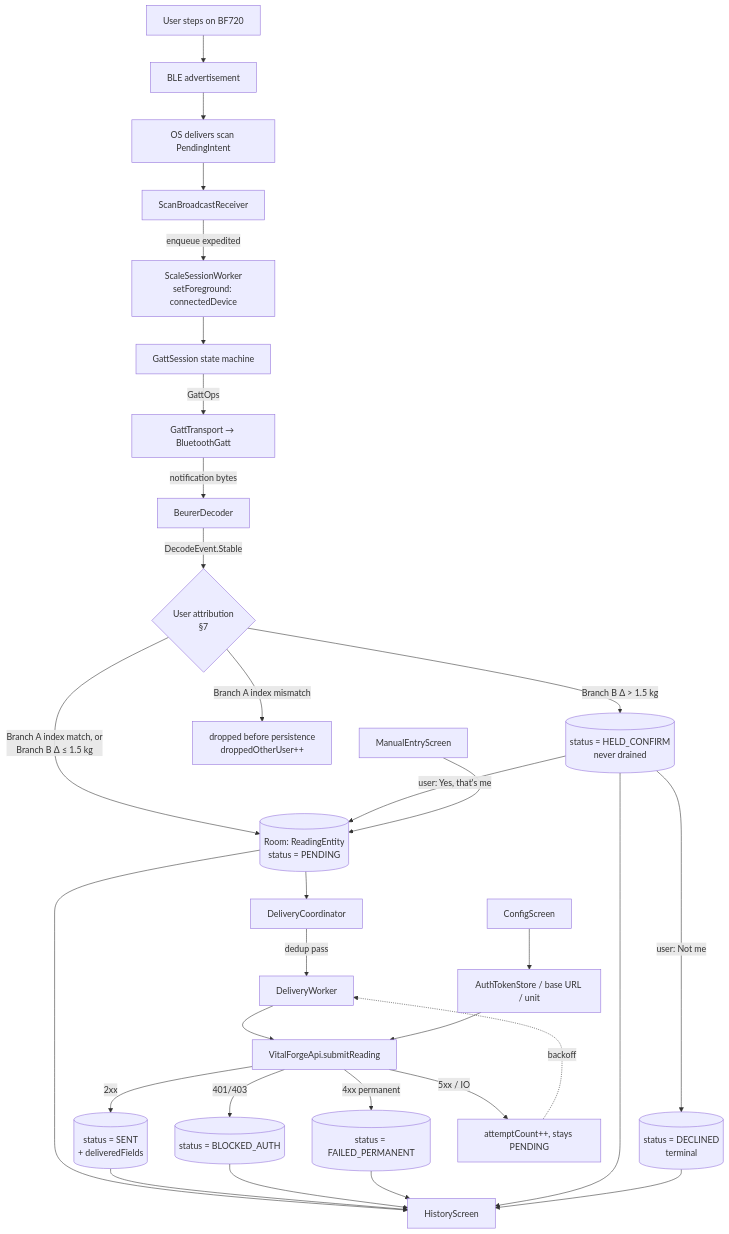
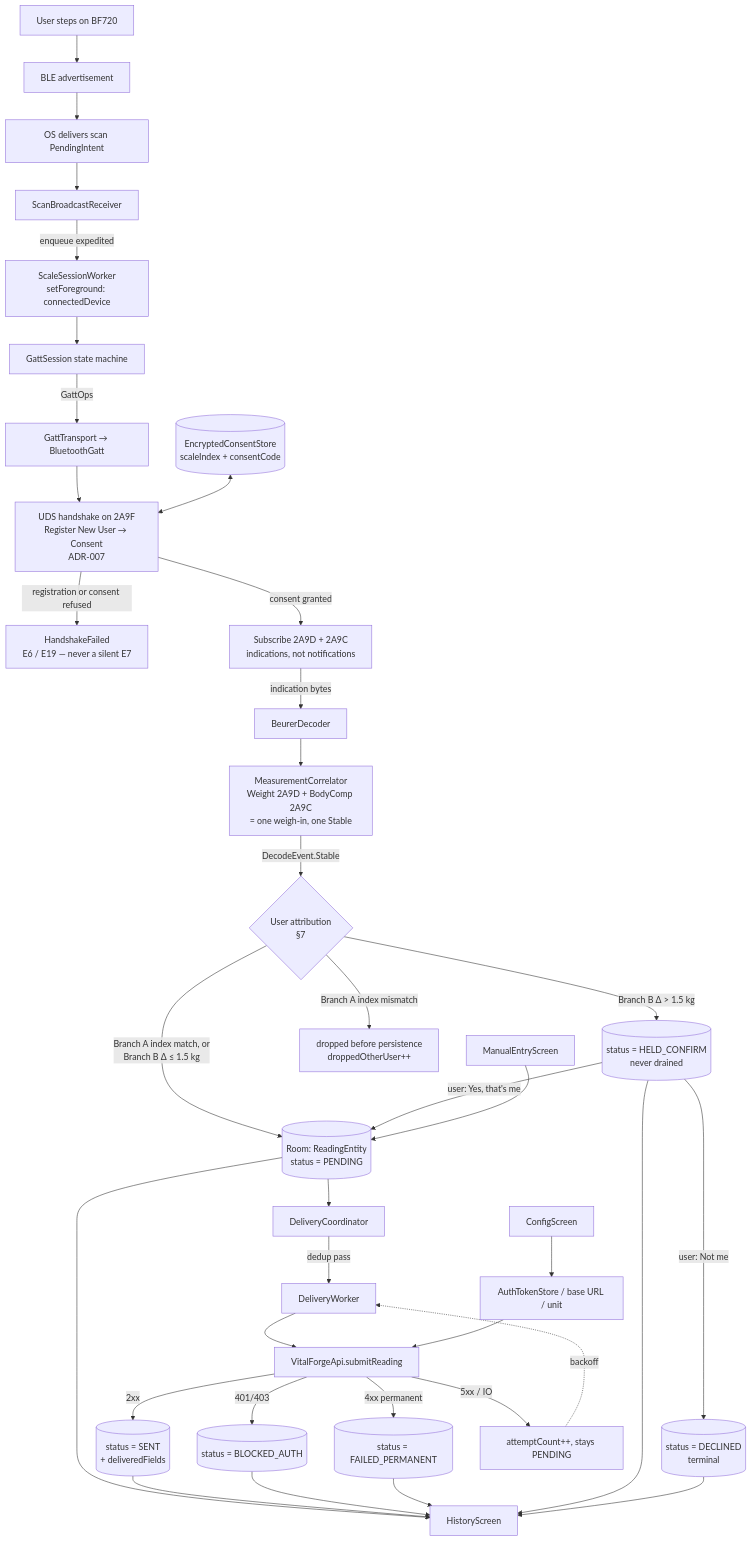
One commit to bearyjd/bascule changed the first of 3 diagrams in docs/prp/00-design.md. Above: the diagram before and after it, drawn with Mermaid. The commit also changed other lines of this file and 77 other files, not shown here.

````diff
--- a/docs/prp/00-design.md
+++ b/docs/prp/00-design.md
@@ -88,33 +94,38 @@
 ```mermaid
 flowchart TD
     A[User steps on BF720] --> B[BLE advertisement]
     B --> C[OS delivers scan PendingIntent]
     C --> D[ScanBroadcastReceiver]
     D -->|enqueue expedited| E[ScaleSessionWorker<br/>setForeground: connectedDevice]
     E --> F[GattSession state machine]
     F -->|GattOps| G[GattTransport → BluetoothGatt]
-    G -->|notification bytes| H[BeurerDecoder]
-    H -->|DecodeEvent.Stable| U{User attribution<br/>§7}
+    G --> HS[UDS handshake on 2A9F<br/>Register New User → Consent<br/>ADR-007]
+    CS[(EncryptedConsentStore<br/>scaleIndex + consentCode)] <--> HS
+    HS -->|registration or consent refused| Y[HandshakeFailed<br/>E6 / E19 — never a silent E7]
+    HS -->|consent granted| SUB[Subscribe 2A9D + 2A9C<br/>indications, not notifications]
+    SUB -->|indication bytes| H[BeurerDecoder]
+    H --> CORR[MeasurementCorrelator<br/>Weight 2A9D + BodyComp 2A9C<br/>= one weigh-in, one Stable]
+    CORR -->|DecodeEvent.Stable| U{User attribution<br/>§7}
     U -->|Branch A index match, or<br/>Branch B Δ ≤ 1.5 kg| I[(Room: ReadingEntity<br/>status = PENDING)]
     U -->|Branch B Δ > 1.5 kg| V[(status = HELD_CONFIRM<br/>never drained)]
     U -->|Branch A index mismatch| W[dropped before persistence<br/>droppedOtherUser++]
     V -->|user: Yes, that's me| I
     V -->|user: Not me| X[(status = DECLINED<br/>terminal)]
     I --> J[DeliveryCoordinator]
     J -->|dedup pass| K[DeliveryWorker]
     K --> L[VitalForgeApi.submitReading]
     L -->|2xx| M[(status = SENT<br/>+ deliveredFields)]
     L -->|401/403| N[(status = BLOCKED_AUTH)]
     L -->|4xx permanent| O[(status = FAILED_PERMANENT)]
     L -->|5xx / IO| P[attemptCount++, stays PENDING]
     P -.->|backoff| K
     I --> Q[HistoryScreen]
     M --> Q
     N --> Q
     O --> Q
     V --> Q
     X --> Q
     R[ManualEntryScreen] --> I
     S[ConfigScreen] --> T[AuthTokenStore / base URL / unit]
     T --> L
 ```
````
